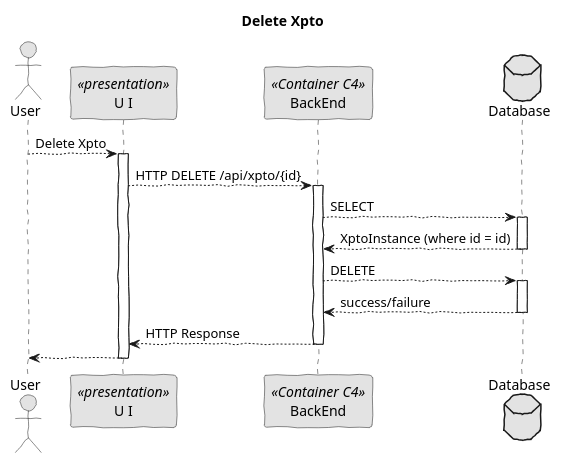
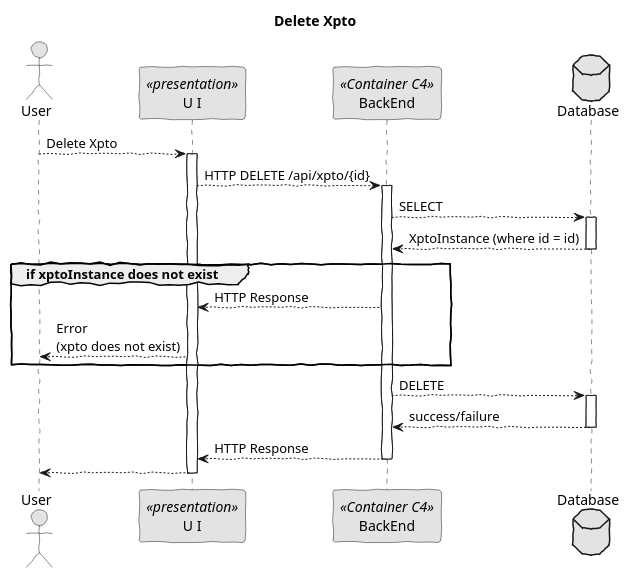
The diagram in docs/sprint_1/global_artifacts/arquitecture/level_3/process_views/l3_process_view_delete.puml (BernasDzn/portit), drawn with PlantUML before and after one commit. The commit also changed 27 other files, not shown here.

```diff
--- a/docs/sprint_1/global_artifacts/arquitecture/level_3/process_views/l3_process_view_delete.puml
+++ b/docs/sprint_1/global_artifacts/arquitecture/level_3/process_views/l3_process_view_delete.puml
@@ -1,38 +1,43 @@
 @startuml sequence_diagram_delete
 skinparam handwritten true
 skinparam monochrome true
 skinparam packageStyle rect
 skinparam defaultFontName FG Virgil
 skinparam shadowing false
 
 actor User as Actor
 participant "U I" as UI <<presentation>>
 participant BackEnd as BackEnd <<Container C4>>
 database Database
 
 title Delete Xpto
 
 Actor --> UI: Delete Xpto
 activate UI
 
     UI --> BackEnd: HTTP DELETE /api/xpto/{id}
 
     activate BackEnd
         BackEnd --> Database: SELECT
         activate Database
             Database --> BackEnd: XptoInstance (where id = id)
         deactivate Database
 
+        group if xptoInstance does not exist
+        BackEnd --> UI: HTTP Response
+        UI --> Actor: Error\n(xpto does not exist)
+        end
+
         BackEnd --> Database: DELETE
         activate Database
             Database --> BackEnd: success/failure
         deactivate Database
 
         BackEnd --> UI: HTTP Response
     
     deactivate BackEnd
         
 UI --> Actor
 deactivate UI
             
 @enduml
```
